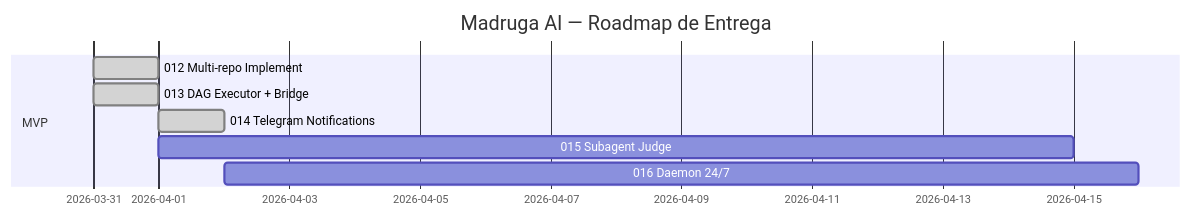
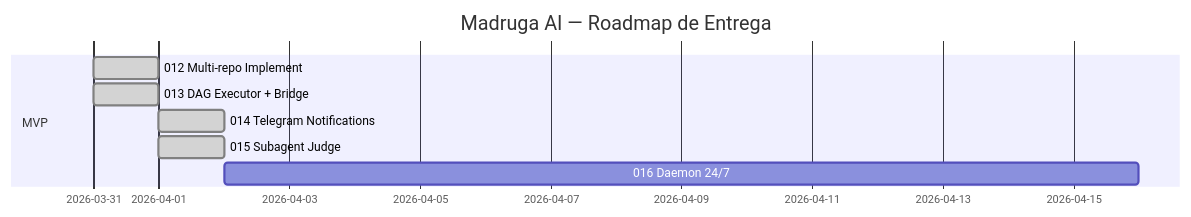
One commit to paceautomations/madruga.ai changed the second of 3 diagrams in platforms/madruga-ai/planning/roadmap.md. Above: the diagram before and after it, drawn with Mermaid. The commit also changed other lines of this file and 26 other files, not shown here.

First line of the commit message:
feat: epic 015 subagent judge — tech-reviewers 4 personas + decision classifier

````diff
--- a/platforms/madruga-ai/planning/roadmap.md
+++ b/platforms/madruga-ai/planning/roadmap.md
@@ -65,11 +67,11 @@
 ```mermaid
 gantt
     title Madruga AI — Roadmap de Entrega
     dateFormat YYYY-MM-DD
     section MVP
     012 Multi-repo Implement     :done, e012, 2026-03-31, 1d
     013 DAG Executor + Bridge    :done, e013, 2026-03-31, 1d
     014 Telegram Notifications   :done, e014, 2026-04-01, 1d
-    015 Subagent Judge           :e015, after e013, 2w
+    015 Subagent Judge           :done, e015, 2026-04-01, 1d
     016 Daemon 24/7              :e016, after e014, 2w
 ```
````
